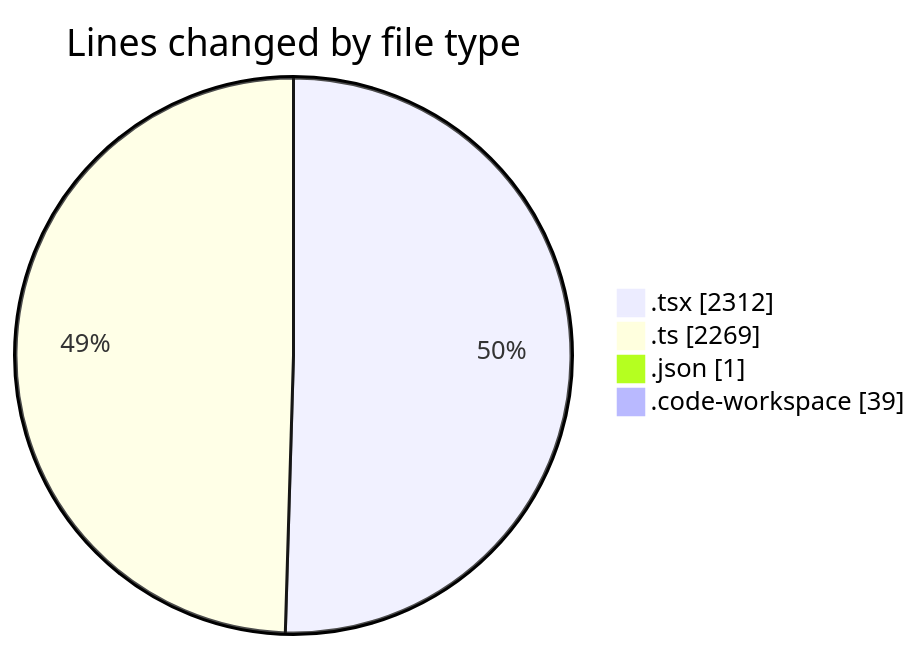
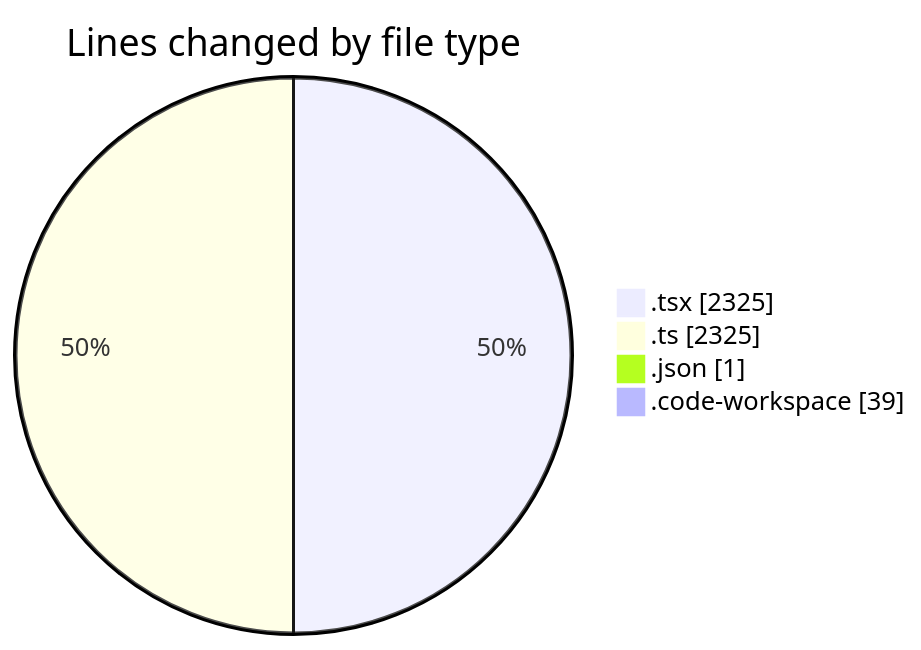
Before and after one commit to julien-gomy/code-tracking: the first of 2 diagrams in 2025-10-08/eventscop-frontend-guide__workspace_/README.md, drawn with Mermaid. The commit also changed other lines of this file and 1 other file, not shown here.

````diff
--- a/2025-10-08/eventscop-frontend-guide__workspace_/README.md
+++ b/2025-10-08/eventscop-frontend-guide__workspace_/README.md
@@ -37,8 +37,8 @@
 ```mermaid
 pie showData
 title Lines changed by file type
-".tsx" : 2312
-".ts" : 2269
+".tsx" : 2325
+".ts" : 2325
 ".json" : 1
 ".code-workspace" : 39
 ```
````
